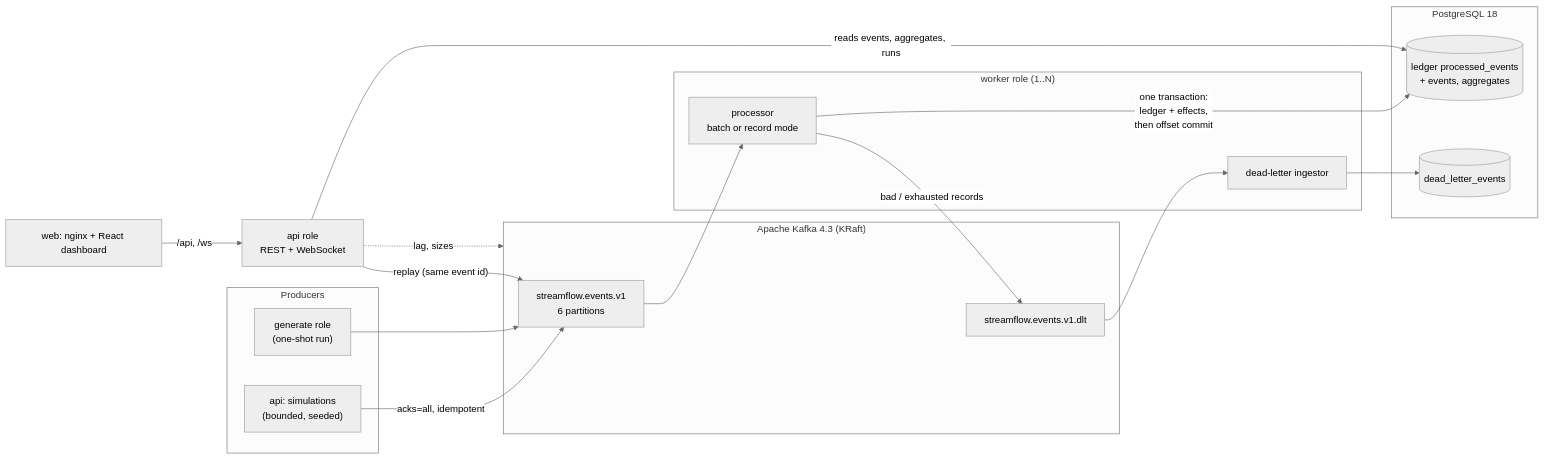
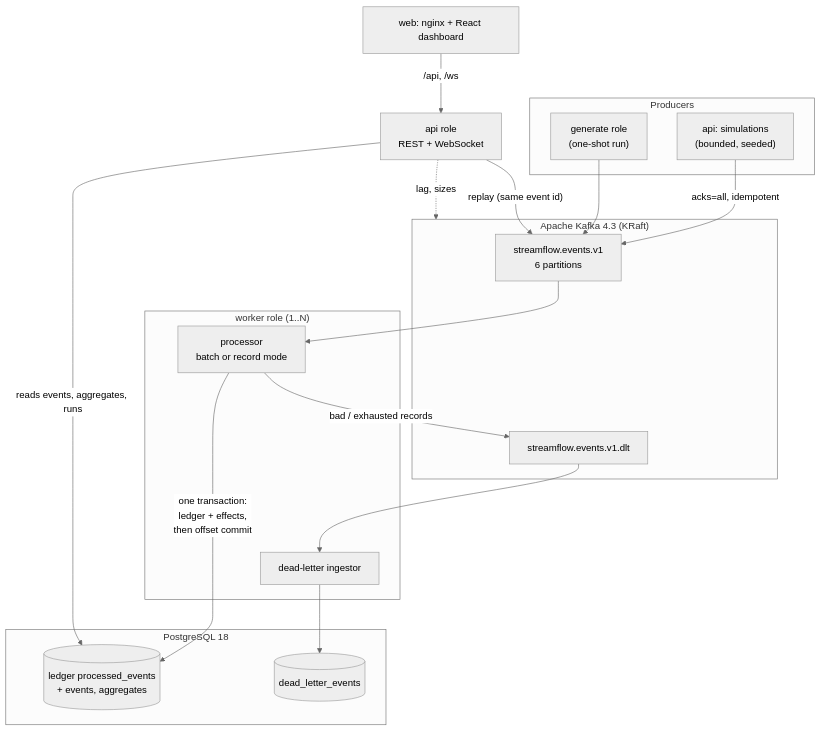
The diagram in README.md (gladwynL/StreamFlow), drawn with Mermaid (neutral theme) before and after one commit.

Commit message:
Lay out the README architecture diagram top to bottom for readability

````diff
--- a/README.md
+++ b/README.md
@@ -37,32 +37,32 @@
 ```mermaid
-flowchart LR
+flowchart TB
     subgraph Producers
         SIM["api: simulations<br/>(bounded, seeded)"]
         GEN["generate role<br/>(one-shot run)"]
     end
     subgraph Kafka["Apache Kafka 4.3 (KRaft)"]
         T["streamflow.events.v1<br/>6 partitions"]
         DLT["streamflow.events.v1.dlt"]
     end
     subgraph Workers["worker role (1..N)"]
         P["processor<br/>batch or record mode"]
         I["dead-letter ingestor"]
     end
     subgraph PG["PostgreSQL 18"]
         L[("ledger processed_events<br/>+ events, aggregates")]
         D[("dead_letter_events")]
     end
     API["api role<br/>REST + WebSocket"]
     WEB["web: nginx + React dashboard"]
 
     SIM -- "acks=all, idempotent" --> T
     GEN --> T
     T --> P
     P -- "one transaction:<br/>ledger + effects,<br/>then offset commit" --> L
     P -- "bad / exhausted records" --> DLT
     DLT --> I --> D
     API -- "replay (same event id)" --> T
     API -- "reads events, aggregates, runs" --> L
     API -. "lag, sizes" .-> Kafka
     WEB -- "/api, /ws" --> API
 ```
````
